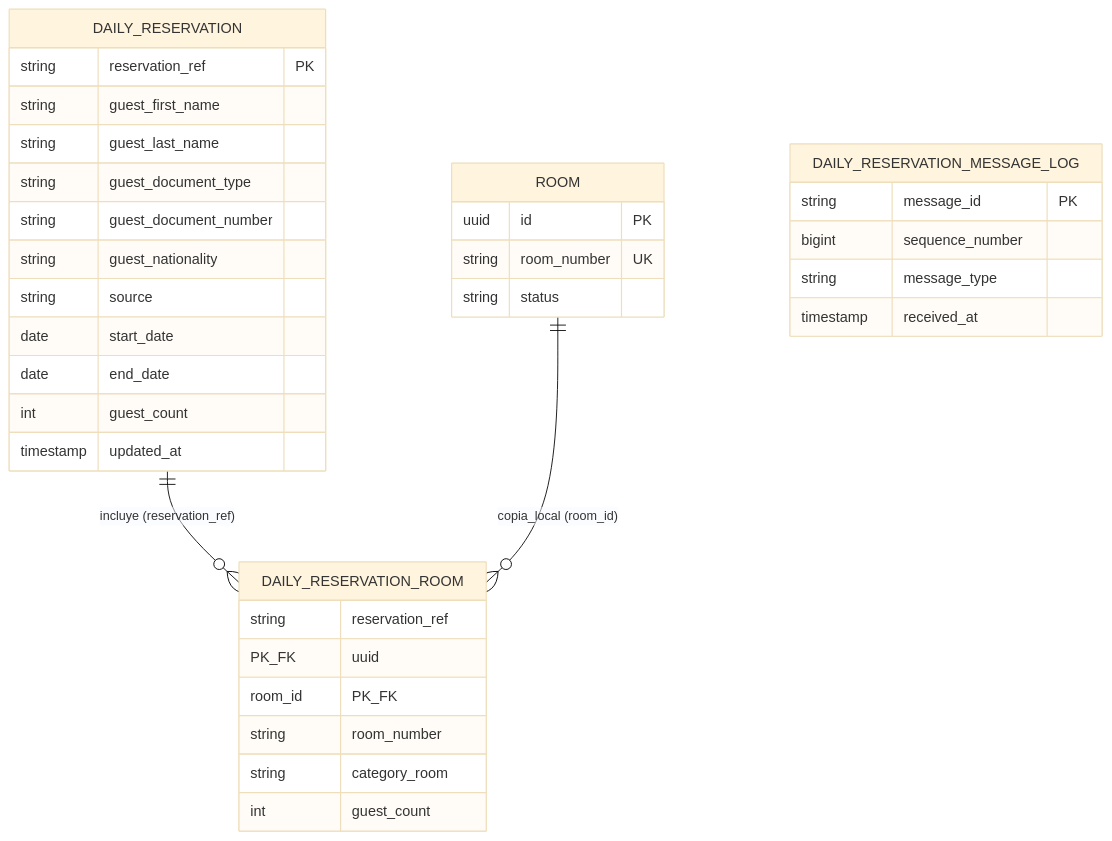
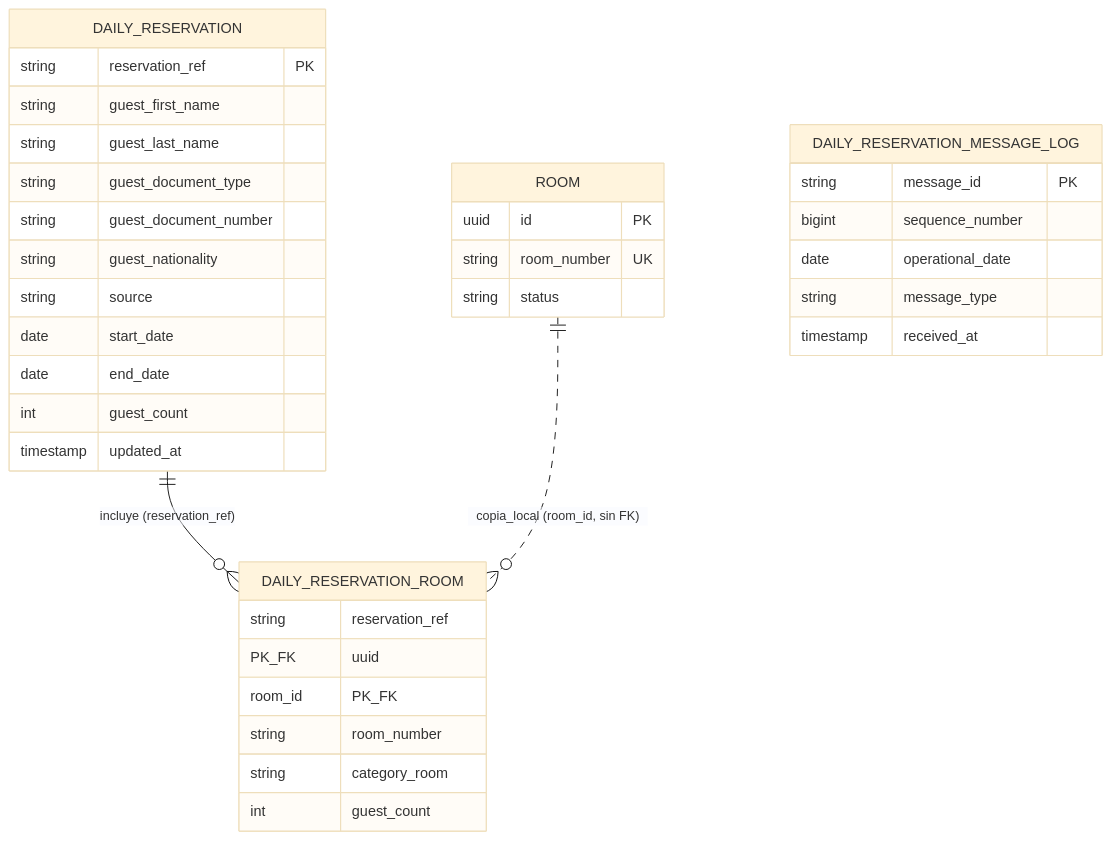
The fifth of 7 diagrams in documentos/diagramas/entidad-relacion.md (MirianMarriaga/hospitua-module-1), drawn with Mermaid (base theme) before and after one commit. The commit also changed other lines of this file and 23 other files, not shown here.

Commit message:
docs: corregir inconsistencias entre planes, specs, diagramas y configuración

````diff
--- a/documentos/diagramas/entidad-relacion.md
+++ b/documentos/diagramas/entidad-relacion.md
@@ -201,40 +214,41 @@
 ```mermaid
 erDiagram
   DAILY_RESERVATION ||--o{ DAILY_RESERVATION_ROOM : "incluye (reservation_ref)"
-  ROOM ||--o{ DAILY_RESERVATION_ROOM              : "copia_local (room_id)"
+  ROOM ||..o{ DAILY_RESERVATION_ROOM              : "copia_local (room_id, sin FK)"
 
   DAILY_RESERVATION {
     string    reservation_ref     PK
     string    guest_first_name
     string    guest_last_name
     string    guest_document_type
     string    guest_document_number
     string    guest_nationality
     string    source
     date      start_date
     date      end_date
     int       guest_count
     timestamp updated_at
   }
 
   DAILY_RESERVATION_ROOM {
     string reservation_ref  PK_FK
     uuid   room_id          PK_FK
     string room_number
     string category_room
     int    guest_count
   }
 
   DAILY_RESERVATION_MESSAGE_LOG {
     string    message_id      PK
     bigint    sequence_number
+    date      operational_date
     string    message_type
     timestamp received_at
   }
 
   ROOM {
     uuid    id           PK
     string  room_number  UK
     string  status
   }
 ```
````
